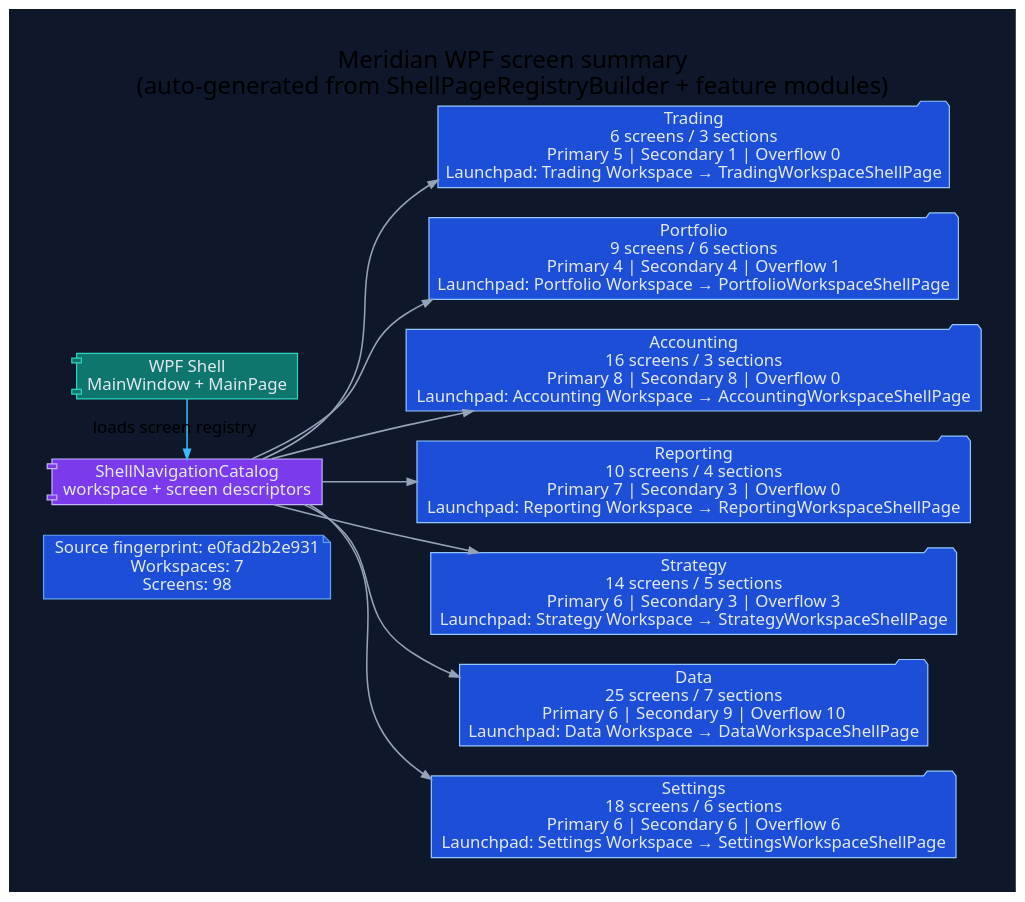
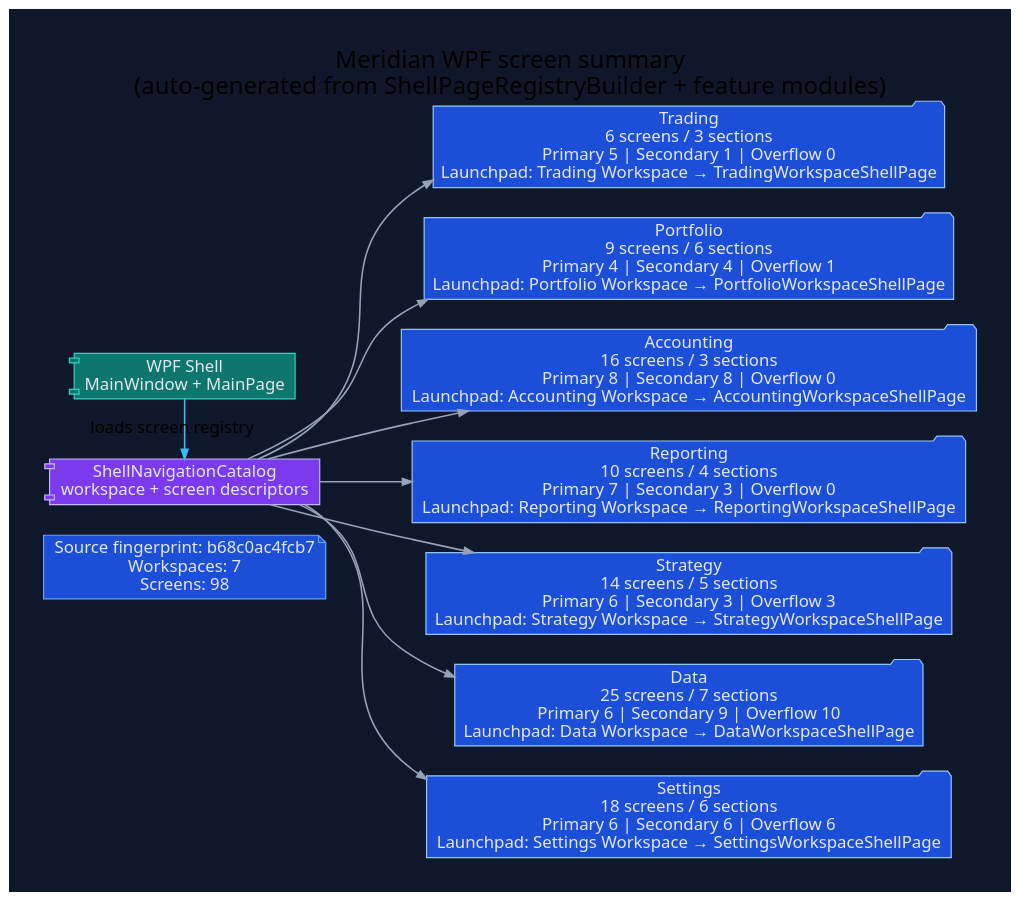
Before and after one commit to rodoHasArrived/Meridian-main: the diagram in docs/diagrams/ui-wpf-screen-summary.dot, drawn with Graphviz. The commit also changed 26 other files, not shown here.

First line of the commit message:
docs(generated): regenerate UI diagrams and refresh reviewed hashes after merging main

```diff
--- a/docs/diagrams/ui-wpf-screen-summary.dot
+++ b/docs/diagrams/ui-wpf-screen-summary.dot
@@ -1,42 +1,42 @@
 // -----------------------------------------------------------------------------
 // <auto-generated>
 // Generated by scripts/generate-diagrams.mjs.
 // Do not edit this file directly; update the WPF source files instead.
 // -----------------------------------------------------------------------------
 digraph WpfScreenSummary {
   graph [
     rankdir=LR,
     labelloc=t,
     label="Meridian WPF screen summary\n(auto-generated from ShellPageRegistryBuilder + feature modules)",
     fontname="Segoe UI",
     fontsize=20,
     pad=0.4,
     nodesep=0.35,
     ranksep=0.85,
     bgcolor="#0f172a"
   ];
   node [fontname="Segoe UI", shape=box, style="rounded,filled", color="#475569", fontcolor="#e2e8f0", fillcolor="#1e293b"];
   edge [fontname="Segoe UI", color="#94a3b8", penwidth=1.3, arrowsize=0.8];
 
-  generated [shape=note, fillcolor="#1d4ed8", color="#60a5fa", label="Source fingerprint: e0fad2b2e931\nWorkspaces: 7\nScreens: 98"];
+  generated [shape=note, fillcolor="#1d4ed8", color="#60a5fa", label="Source fingerprint: b68c0ac4fcb7\nWorkspaces: 7\nScreens: 98"];
   shell [shape=component, fillcolor="#0f766e", color="#2dd4bf", label="WPF Shell\nMainWindow + MainPage"];
   catalog [shape=component, fillcolor="#7c3aed", color="#c4b5fd", label="ShellNavigationCatalog\nworkspace + screen descriptors"];
   shell -> catalog [label="loads screen registry", color="#38bdf8"];
 
   workspace_1 [shape=folder, fillcolor="#1d4ed8", color="#93c5fd", label="Trading\n6 screens / 3 sections\nPrimary 5 | Secondary 1 | Overflow 0\nLaunchpad: Trading Workspace → TradingWorkspaceShellPage"];
   catalog -> workspace_1;
   workspace_2 [shape=folder, fillcolor="#1d4ed8", color="#93c5fd", label="Portfolio\n9 screens / 6 sections\nPrimary 4 | Secondary 4 | Overflow 1\nLaunchpad: Portfolio Workspace → PortfolioWorkspaceShellPage"];
   catalog -> workspace_2;
   workspace_3 [shape=folder, fillcolor="#1d4ed8", color="#93c5fd", label="Accounting\n16 screens / 3 sections\nPrimary 8 | Secondary 8 | Overflow 0\nLaunchpad: Accounting Workspace → AccountingWorkspaceShellPage"];
   catalog -> workspace_3;
   workspace_4 [shape=folder, fillcolor="#1d4ed8", color="#93c5fd", label="Reporting\n10 screens / 4 sections\nPrimary 7 | Secondary 3 | Overflow 0\nLaunchpad: Reporting Workspace → ReportingWorkspaceShellPage"];
   catalog -> workspace_4;
   workspace_5 [shape=folder, fillcolor="#1d4ed8", color="#93c5fd", label="Strategy\n14 screens / 5 sections\nPrimary 6 | Secondary 3 | Overflow 3\nLaunchpad: Strategy Workspace → StrategyWorkspaceShellPage"];
   catalog -> workspace_5;
   workspace_6 [shape=folder, fillcolor="#1d4ed8", color="#93c5fd", label="Data\n25 screens / 7 sections\nPrimary 6 | Secondary 9 | Overflow 10\nLaunchpad: Data Workspace → DataWorkspaceShellPage"];
   catalog -> workspace_6;
   workspace_7 [shape=folder, fillcolor="#1d4ed8", color="#93c5fd", label="Settings\n18 screens / 6 sections\nPrimary 6 | Secondary 6 | Overflow 6\nLaunchpad: Settings Workspace → SettingsWorkspaceShellPage"];
   catalog -> workspace_7;
 
   { rank=min; generated; shell; catalog; }
 }
```
